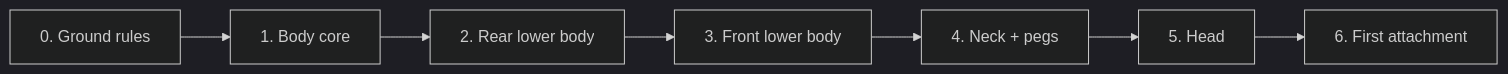
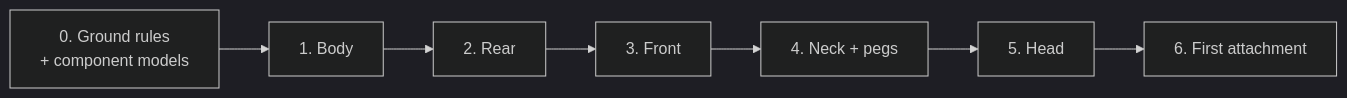
Before and after one commit to jameslemke10/microdog: the second of 3 diagrams in docs/cad-plan.md, drawn with Mermaid (dark theme). The commit also changed other lines of this file and 7 other files, not shown here.

````diff
--- a/docs/cad-plan.md
+++ b/docs/cad-plan.md
@@ -7,4 +31,4 @@
 ```mermaid
 flowchart LR
-    S0[0. Ground rules] --> B[1. Body core] --> R[2. Rear lower body] --> F[3. Front lower body] --> N[4. Neck + pegs] --> H[5. Head] --> A[6. First attachment]
+    S0[0. Ground rules<br/>+ component models] --> B[1. Body] --> R[2. Rear] --> F[3. Front] --> N[4. Neck + pegs] --> H[5. Head] --> A[6. First attachment]
 ```
````
